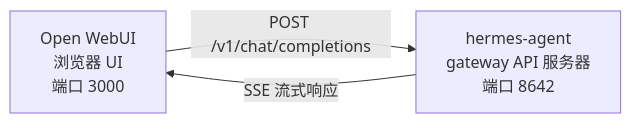
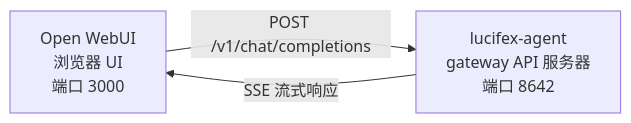
One commit to Gabrie-yx/lucifexia changed the diagram in website/i18n/zh-Hans/docusaurus-plugin-content-docs/current/user-guide/messaging/open-webui.md. Above: the diagram before and after it, drawn with Mermaid. The commit also changed other lines of this file and 4444 other files, not shown here.

Commit message:
refactor: complete case-preserving rebrand of merged upstream Hermes to Lucifex while preserving custom visual identity

````diff
--- a/website/i18n/zh-Hans/docusaurus-plugin-content-docs/current/user-guide/messaging/open-webui.md
+++ b/website/i18n/zh-Hans/docusaurus-plugin-content-docs/current/user-guide/messaging/open-webui.md
@@ -13,7 +13,7 @@
 ```mermaid
 flowchart LR
     A["Open WebUI<br/>浏览器 UI<br/>端口 3000"]
-    B["hermes-agent<br/>gateway API 服务器<br/>端口 8642"]
+    B["lucifex-agent<br/>gateway API 服务器<br/>端口 8642"]
     A -->|POST /v1/chat/completions| B
     B -->|SSE 流式响应| A
 ```
````
